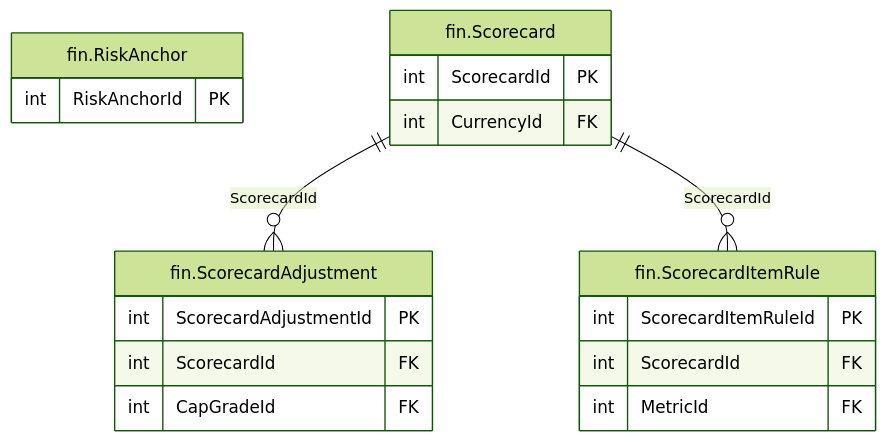
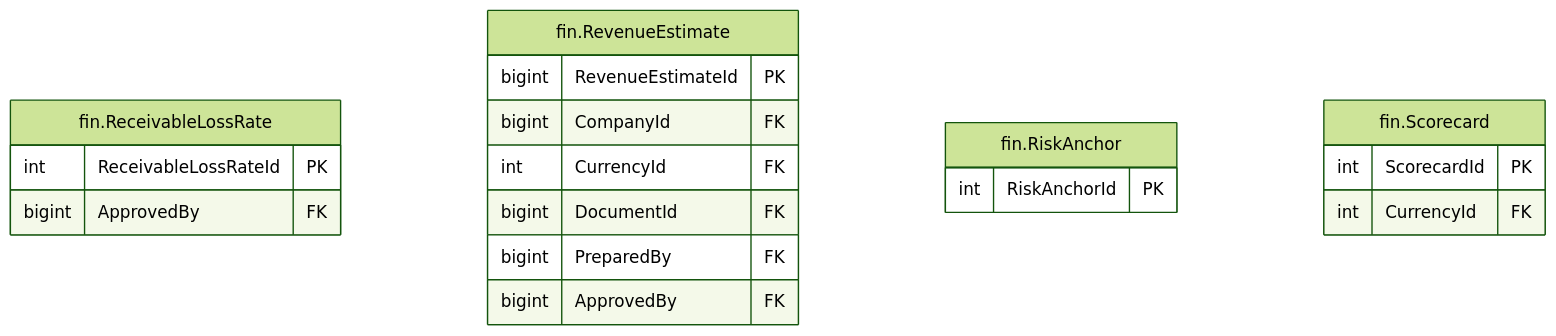
The diagram in treasury-platform/docs/diagrams/erd/m5_financials_11.mmd (thawrasy/smartlines), drawn with Mermaid (forest theme) before and after one commit. The commit also changed 217 other files, not shown here.

```diff
--- a/treasury-platform/docs/diagrams/erd/m5_financials_11.mmd
+++ b/treasury-platform/docs/diagrams/erd/m5_financials_11.mmd
@@ -1,21 +1,21 @@
 %% م5 · البيانات المالية والأرصدة (11/14) — Financial statements & balances
 erDiagram
+  fin_ReceivableLossRate["fin.ReceivableLossRate"] {
+    int ReceivableLossRateId PK
+    bigint ApprovedBy FK
+  }
+  fin_RevenueEstimate["fin.RevenueEstimate"] {
+    bigint RevenueEstimateId PK
+    bigint CompanyId FK
+    int CurrencyId FK
+    bigint DocumentId FK
+    bigint PreparedBy FK
+    bigint ApprovedBy FK
+  }
   fin_RiskAnchor["fin.RiskAnchor"] {
     int RiskAnchorId PK
   }
   fin_Scorecard["fin.Scorecard"] {
     int ScorecardId PK
     int CurrencyId FK
   }
-  fin_ScorecardAdjustment["fin.ScorecardAdjustment"] {
-    int ScorecardAdjustmentId PK
-    int ScorecardId FK
-    int CapGradeId FK
-  }
-  fin_ScorecardItemRule["fin.ScorecardItemRule"] {
-    int ScorecardItemRuleId PK
-    int ScorecardId FK
-    int MetricId FK
-  }
-  fin_Scorecard ||--o{ fin_ScorecardAdjustment : "ScorecardId"
-  fin_Scorecard ||--o{ fin_ScorecardItemRule : "ScorecardId"
```
